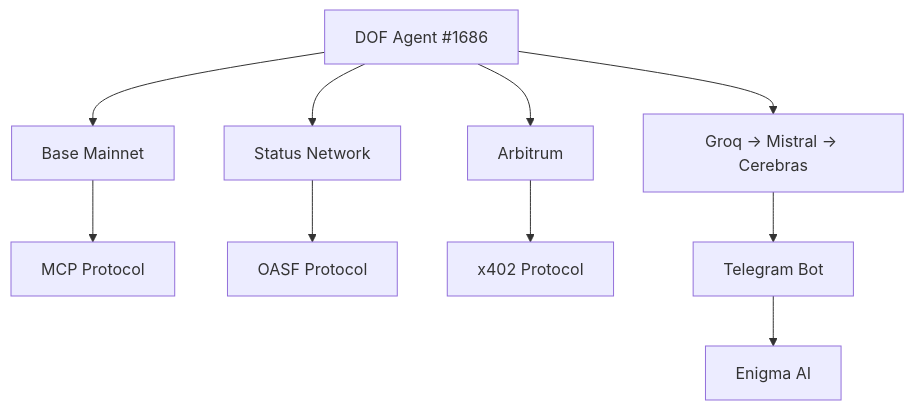
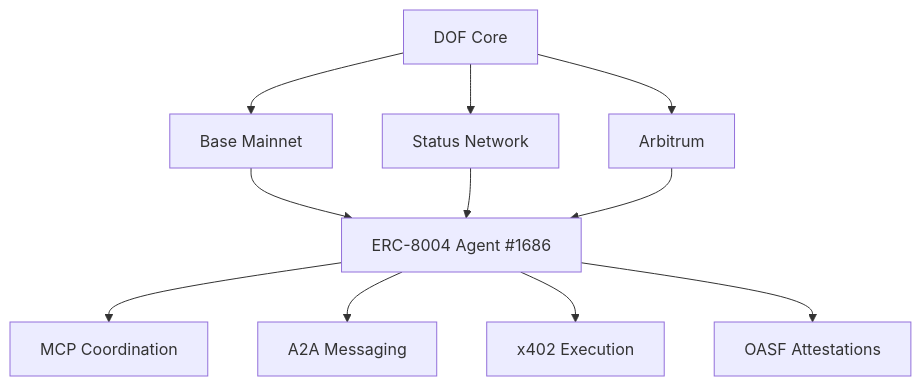
One commit to Cyberpaisa/deterministic-observability-framework changed the diagram in README.md. Above: the diagram before and after it, drawn with Mermaid. The commit also changed other lines of this file and 2 other files, not shown here.

Commit message:
🤖 DOF v4 cycle #38 — 2026-03-15T21:38:17Z — improve_readme: Mejorando documentación y demos para maximizar sco

````diff
--- a/README.md
+++ b/README.md
@@ -32,12 +36,13 @@
 ```mermaid
 graph TD
-    A[DOF Agent #1686] --> B[Base Mainnet]
+    A[DOF Core] --> B[Base Mainnet]
     A --> C[Status Network]
     A --> D[Arbitrum]
-    B --> E[MCP Protocol]
-    C --> F[OASF Protocol]
-    D --> G[x402 Protocol]
-    A --> H[Groq → Mistral → Cerebras]
-    H --> I[Telegram Bot]
-    I --> J[Enigma AI]
+    B --> E[ERC-8004 Agent #1686]
+    C --> E
+    D --> E
+    E --> F[MCP Coordination]
+    E --> G[A2A Messaging]
+    E --> H[x402 Execution]
+    E --> I[OASF Attestations]
 ```
````
